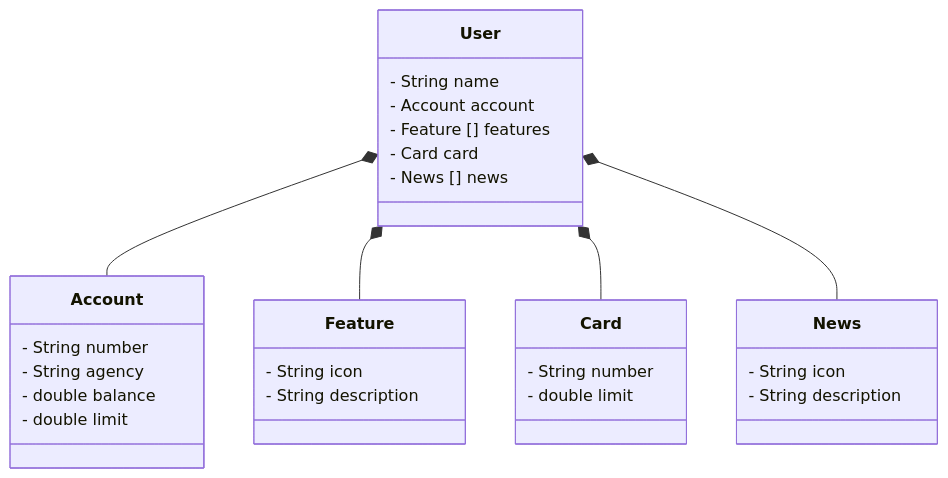
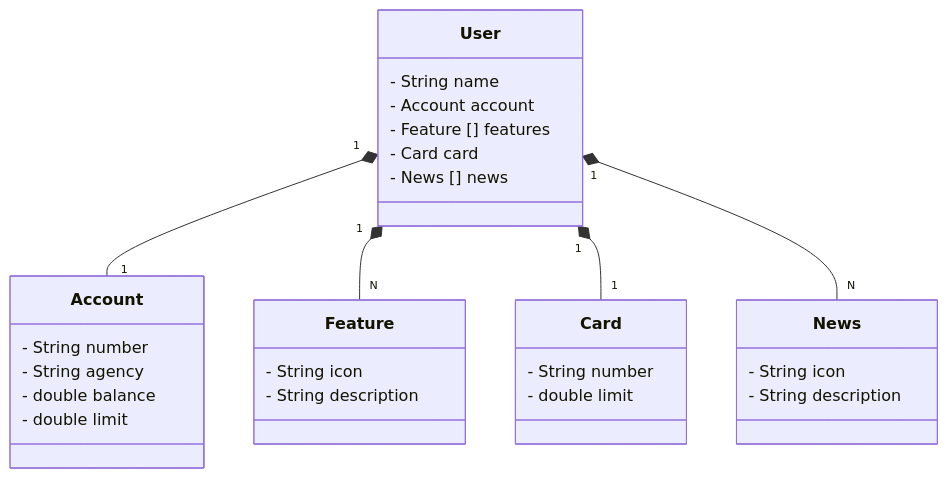
One commit to Jessica-SFernandes/santander-dev-week-2023 changed the diagram in README.md. Above: the diagram before and after it, drawn with Mermaid.

````diff
--- a/README.md
+++ b/README.md
@@ -6,37 +6,37 @@
 ```mermaid
 classDiagram
     class User {
         - String name
         - Account account
         - Feature [] features
         - Card card
         - News [] news
     }
 
     class Account {
         - String number
         - String agency
         - double balance
         - double limit
     }
 
     class Feature {
         - String icon
         - String description
     }
 
     class Card {
         - String number
         - double limit
     }
 
     class News {
         - String icon
         - String description
     }
 
-    User *-- Account
-    User *-- Feature
-    User *-- Card
-    User *-- News
+    User "1" *-- "1" Account
+    User "1" *-- "N" Feature
+    User "1" *-- "1" Card
+    User "1" *-- "N" News
 ```
````
